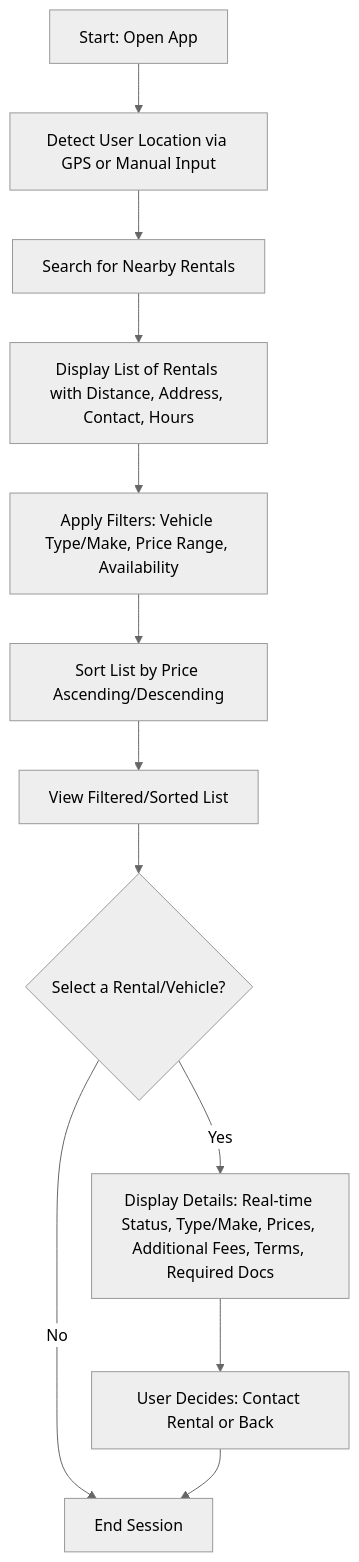
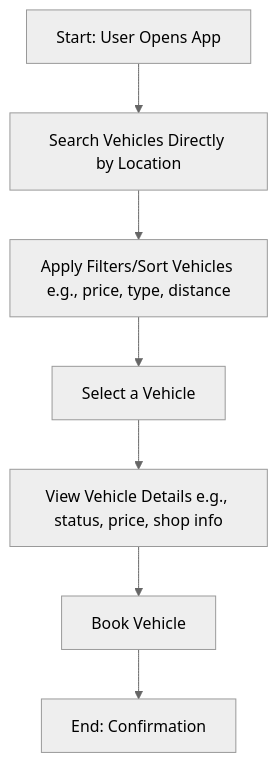
One commit to kendarago/kendarago changed the diagram in README.md. Above: the diagram before and after it, drawn with Mermaid (neutral theme). The commit also changed other lines of this file, not shown here.

Commit message:
docs: update flowchart in README.md to improve clarity of user journey

````diff
--- a/README.md
+++ b/README.md
@@ -74,14 +73,9 @@
 ```mermaid
 flowchart TD
-    A[Start: Open App] --> B[Detect User Location via GPS or Manual Input]
-    B --> C[Search for Nearby Rentals]
-    C --> D[Display List of Rentals with Distance, Address, Contact, Hours]
-    D --> E[Apply Filters: Vehicle Type/Make, Price Range, Availability]
-    E --> F[Sort List by Price Ascending/Descending]
-    F --> G[View Filtered/Sorted List]
-    G --> H{Select a Rental/Vehicle?}
-    H -->|Yes| I[Display Details: Real-time Status, Type/Make, Prices, Additional Fees, Terms, Required Docs]
-    I --> J[User Decides: Contact Rental or Back]
-    H -->|No| K[End Session]
-    J --> K[End Session]
+    A[Start: User Opens App] --> B[Search Vehicles Directly by Location]
+    B --> C[Apply Filters/Sort Vehicles e.g., price, type, distance]
+    C --> D[Select a Vehicle]
+    D --> E[View Vehicle Details e.g., status, price, shop info]
+    E --> F[Book Vehicle]
+    F --> G[End: Confirmation]
 ```
````
